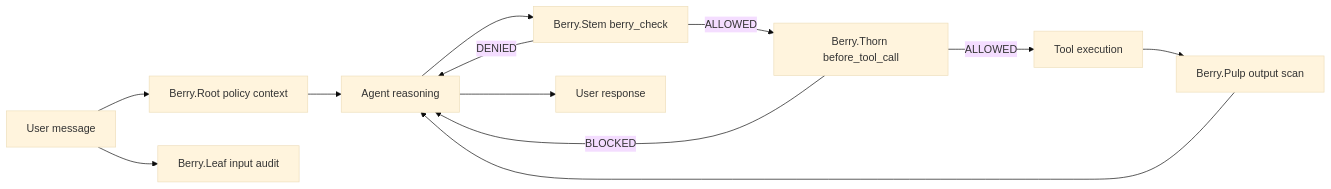
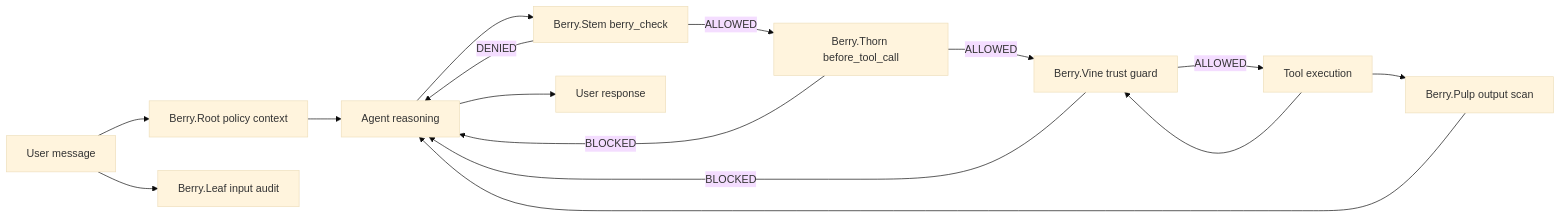
The diagram in README.md (F4bioo/berry-shield), drawn with Mermaid (base theme) before and after one commit. The commit also changed other lines of this file and 10 other files, not shown here.

````diff
--- a/README.md
+++ b/README.md
@@ -64,18 +64,21 @@
 ```mermaid
 flowchart LR
     U[User message] --> R[Berry.Root policy context]
     U --> L[Berry.Leaf input audit]
 
     R --> A[Agent reasoning]
     A --> S[Berry.Stem berry_check]
 
     S -->|DENIED| A
     S -->|ALLOWED| H[Berry.Thorn before_tool_call]
+    H -->|ALLOWED| V[Berry.Vine trust guard]
 
     H -->|BLOCKED| A
-    H -->|ALLOWED| T[Tool execution]
+    V -->|BLOCKED| A
+    V -->|ALLOWED| T[Tool execution]
 
     T --> P[Berry.Pulp output scan]
+    T --> V
     P --> A
     A --> O[User response]
 ```
````
